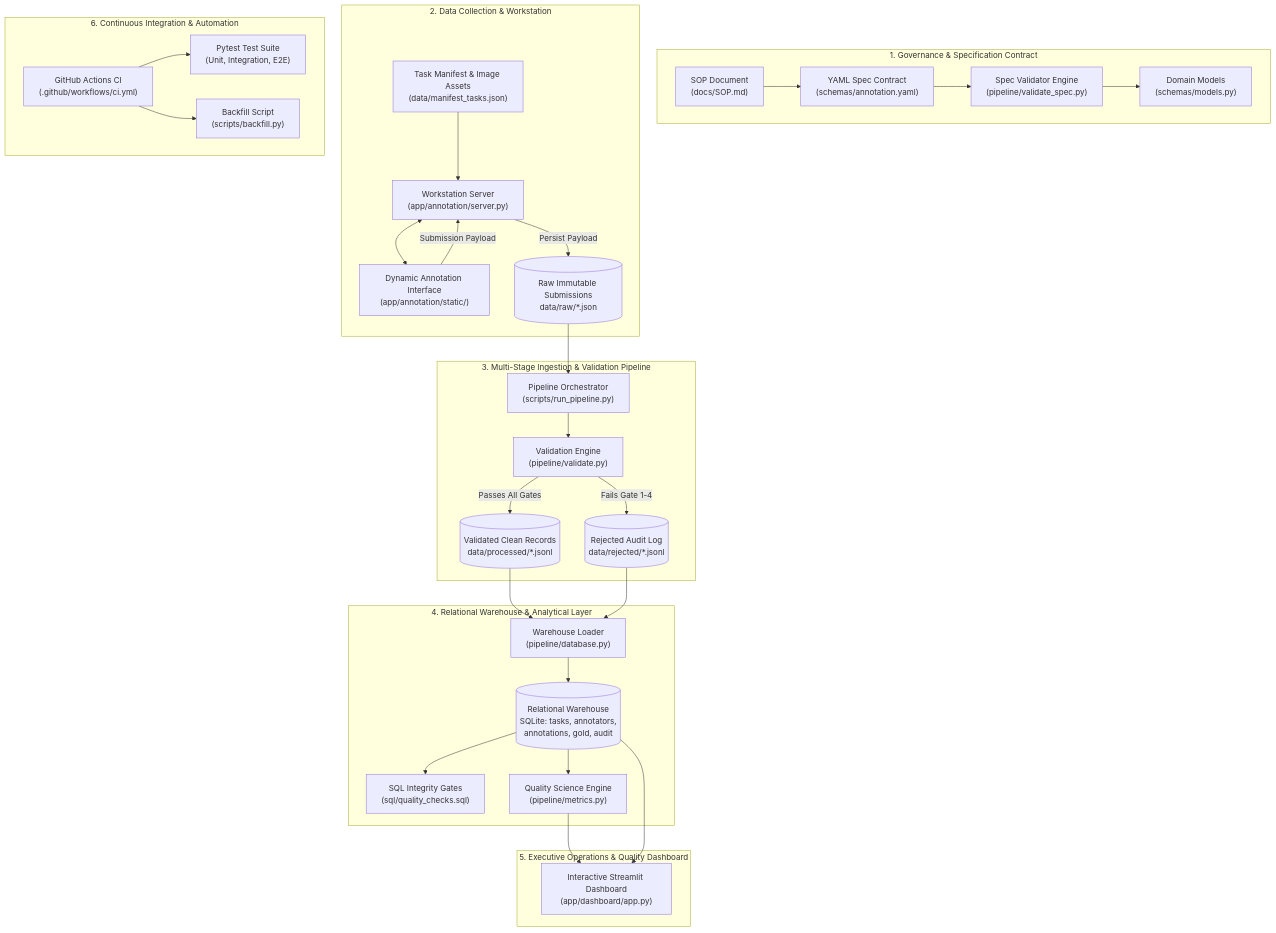
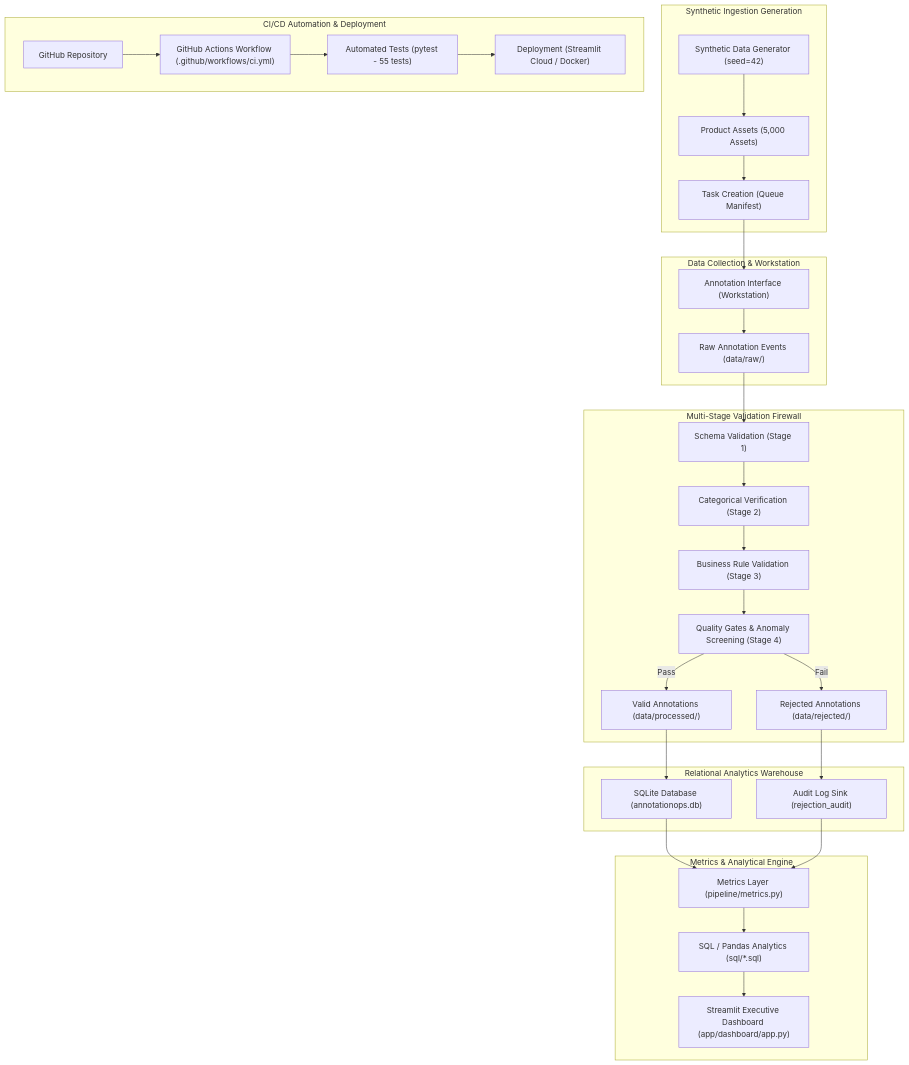
The diagram in docs/ARCHITECTURE.md (Manipalsai/AnnotationOps-SOP-to-Annotation-Quality-Analytics), drawn with Mermaid before and after one commit. The commit also changed other lines of this file and 266 other files, not shown here.

````diff
--- a/docs/ARCHITECTURE.md
+++ b/docs/ARCHITECTURE.md
@@ -24,62 +25,39 @@
 ```mermaid
 flowchart TD
-    subgraph Layer1 ["1. Governance & Specification Contract"]
-        SOP["SOP Document<br/>(docs/SOP.md)"]
-        SpecContract["YAML Spec Contract<br/>(schemas/annotation.yaml)"]
-        SpecValidator["Spec Validator Engine<br/>(pipeline/validate_spec.py)"]
-        PydanticModels["Domain Models<br/>(schemas/models.py)"]
-        
-        SOP --> SpecContract --> SpecValidator --> PydanticModels
+    subgraph DataGen ["Synthetic Ingestion Generation"]
+        GEN["Synthetic Data Generator (seed=42)"] --> PROD["Product Assets (5,000 Assets)"]
+        PROD --> TASKS["Task Creation (Queue Manifest)"]
     end
 
-    subgraph Layer2 ["2. Data Collection & Workstation"]
-        TaskManifest["Task Manifest & Image Assets<br/>(data/manifest_tasks.json)"]
-        WorkstationUI["Dynamic Annotation Interface<br/>(app/annotation/static/)"]
-        WorkstationAPI["Workstation Server<br/>(app/annotation/server.py)"]
-        RawSink[("Raw Immutable Submissions<br/>data/raw/*.json")]
-
-        TaskManifest --> WorkstationAPI
-        WorkstationAPI <--> WorkstationUI
-        WorkstationUI -->|Submission Payload| WorkstationAPI
-        WorkstationAPI -->|Persist Payload| RawSink
+    subgraph Collection ["Data Collection & Workstation"]
+        TASKS --> UI["Annotation Interface (Workstation)"]
+        UI --> RAW["Raw Annotation Events (data/raw/)"]
     end
 
-    subgraph Layer3 ["3. Multi-Stage Ingestion & Validation Pipeline"]
-        PipelineRunner["Pipeline Orchestrator<br/>(scripts/run_pipeline.py)"]
-        ValidationEngine["Validation Engine<br/>(pipeline/validate.py)"]
-        RejectionSink[("Rejected Audit Log<br/>data/rejected/*.jsonl")]
-        ProcessedSink[("Validated Clean Records<br/>data/processed/*.jsonl")]
-
-        RawSink --> PipelineRunner --> ValidationEngine
-        ValidationEngine -->|Fails Gate 1-4| RejectionSink
-        ValidationEngine -->|Passes All Gates| ProcessedSink
+    subgraph Firewall ["Multi-Stage Validation Firewall"]
+        RAW --> S1["Schema Validation (Stage 1)"]
+        S1 --> S2["Categorical Verification (Stage 2)"]
+        S2 --> S3["Business Rule Validation (Stage 3)"]
+        S3 --> S4["Quality Gates & Anomaly Screening (Stage 4)"]
+        
+        S4 -->|Pass| VAL["Valid Annotations (data/processed/)"]
+        S4 -->|Fail| REJ["Rejected Annotations (data/rejected/)"]
     end
 
-    subgraph Layer4 ["4. Relational Warehouse & Analytical Layer"]
-        DBLoader["Warehouse Loader<br/>(pipeline/database.py)"]
-        SQLiteWarehouse[("Relational Warehouse<br/>SQLite: tasks, annotators,<br/>annotations, gold, audit")]
-        SQLQualityChecks["SQL Integrity Gates<br/>(sql/quality_checks.sql)"]
-        MetricsEngine["Quality Science Engine<br/>(pipeline/metrics.py)"]
-
-        ProcessedSink --> DBLoader
-        RejectionSink --> DBLoader
-        DBLoader --> SQLiteWarehouse
-        SQLiteWarehouse --> SQLQualityChecks
-        SQLiteWarehouse --> MetricsEngine
+    subgraph Storage ["Relational Analytics Warehouse"]
+        VAL --> DB["SQLite Database (annotationops.db)"]
+        REJ --> AUDIT["Audit Log Sink (rejection_audit)"]
     end
 
-    subgraph Layer5 ["5. Executive Operations & Quality Dashboard"]
-        StreamlitApp["Interactive Streamlit Dashboard<br/>(app/dashboard/app.py)"]
-        MetricsEngine --> StreamlitApp
-        SQLiteWarehouse --> StreamlitApp
+    subgraph Analytics ["Metrics & Analytical Engine"]
+        DB & AUDIT --> METRICS["Metrics Layer (pipeline/metrics.py)"]
+        METRICS --> SQL["SQL / Pandas Analytics (sql/*.sql)"]
+        SQL --> DASH["Streamlit Executive Dashboard (app/dashboard/app.py)"]
     end
 
-    subgraph Layer6 ["6. Continuous Integration & Automation"]
-        GitHubActions["GitHub Actions CI<br/>(.github/workflows/ci.yml)"]
-        PytestSuite["Pytest Test Suite<br/>(Unit, Integration, E2E)"]
-        BackfillRunner["Backfill Script<br/>(scripts/backfill.py)"]
-
-        GitHubActions --> PytestSuite
-        GitHubActions --> BackfillRunner
+    subgraph CICD ["CI/CD Automation & Deployment"]
+        GH["GitHub Repository"] --> GHA["GitHub Actions Workflow (.github/workflows/ci.yml)"]
+        GHA --> TEST["Automated Tests (pytest - 55 tests)"]
+        TEST --> DEPLOY["Deployment (Streamlit Cloud / Docker)"]
     end
 ```
````
